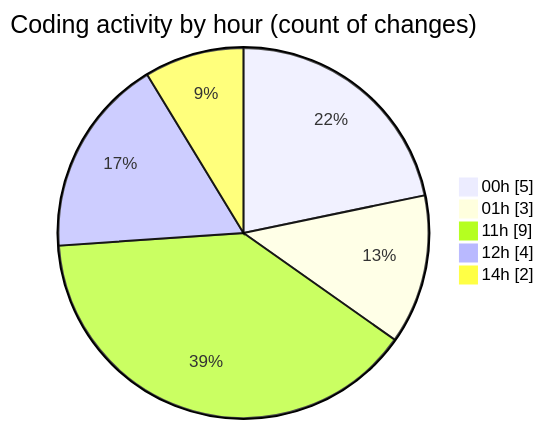
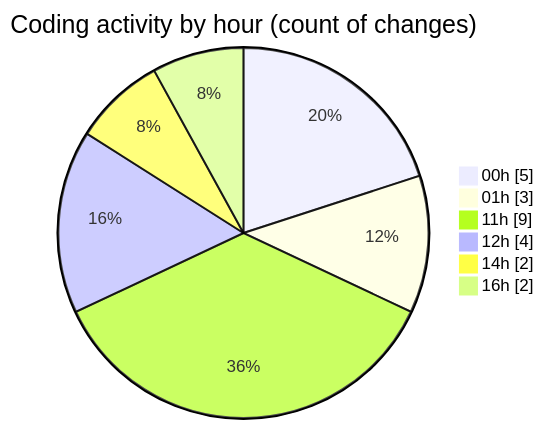
The second of 2 diagrams in 2025-11-16/cdp_aleoudev_fr__workspace_/README.md (julien-gomy/code-tracking), drawn with Mermaid before and after one commit. The commit also changed other lines of this file and 1 other file, not shown here.

````diff
--- a/2025-11-16/cdp_aleoudev_fr__workspace_/README.md
+++ b/2025-11-16/cdp_aleoudev_fr__workspace_/README.md
@@ -37,9 +38,10 @@
 ```mermaid
 pie showData
 title Coding activity by hour (count of changes)
 "00h" : 5
 "01h" : 3
 "11h" : 9
 "12h" : 4
 "14h" : 2
+"16h" : 2
 ```
````
